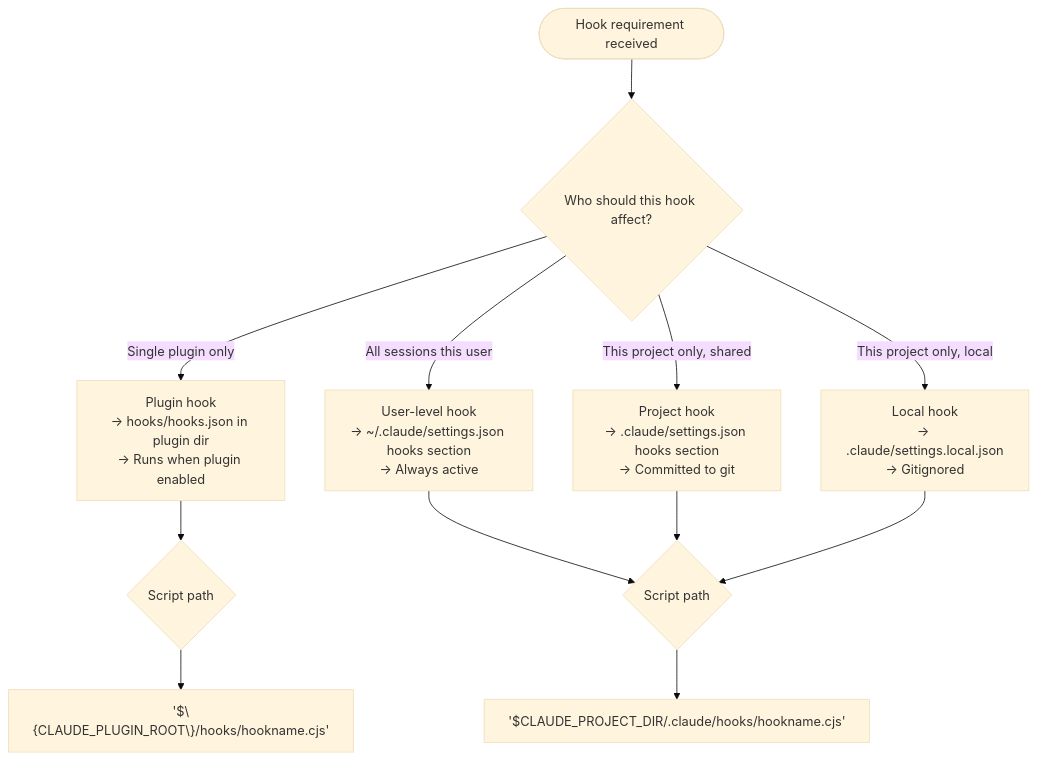
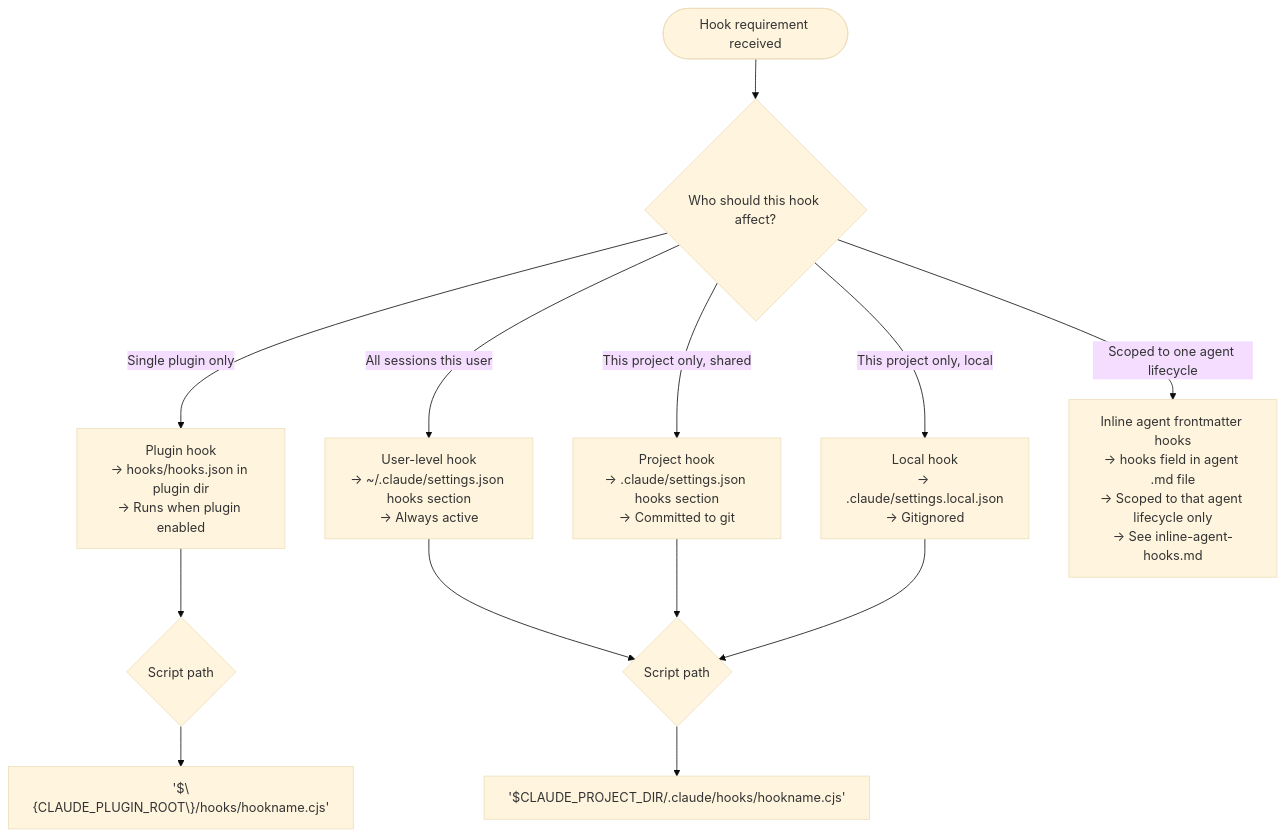
One commit to chgreer1070/claude_skills changed the first of 2 diagrams in plugins/plugin-creator/agents/hook-creator.md. Above: the diagram before and after it, drawn with Mermaid (base theme). The commit also changed other lines of this file and 2 other files, not shown here.

First line of the commit message:
feat(hook-creator): add hooks-guide skill, inline-agent scope, new events

````diff
--- a/plugins/plugin-creator/agents/hook-creator.md
+++ b/plugins/plugin-creator/agents/hook-creator.md
@@ -36,14 +36,15 @@
 ```mermaid
 flowchart TD
     Start([Hook requirement received]) --> Q1{Who should this hook affect?}
     Q1 -->|Single plugin only| Plugin["Plugin hook\n→ hooks/hooks.json in plugin dir\n→ Runs when plugin enabled"]
     Q1 -->|All sessions this user| User["User-level hook\n→ ~/.claude/settings.json hooks section\n→ Always active"]
     Q1 -->|This project only, shared| Project["Project hook\n→ .claude/settings.json hooks section\n→ Committed to git"]
     Q1 -->|This project only, local| Local["Local hook\n→ .claude/settings.local.json\n→ Gitignored"]
+    Q1 -->|Scoped to one agent lifecycle| InlineAgent["Inline agent frontmatter hooks<br>→ hooks field in agent .md file<br>→ Scoped to that agent lifecycle only<br>→ See inline-agent-hooks.md"]
     Plugin --> Q2{Script path}
     Q2 --> PScript["'$\{CLAUDE_PLUGIN_ROOT\}/hooks/hookname.cjs'"]
     User --> Q3{Script path}
     Project --> Q3
     Local --> Q3
     Q3 --> AScript["'$CLAUDE_PROJECT_DIR/.claude/hooks/hookname.cjs'"]
 ```
````
